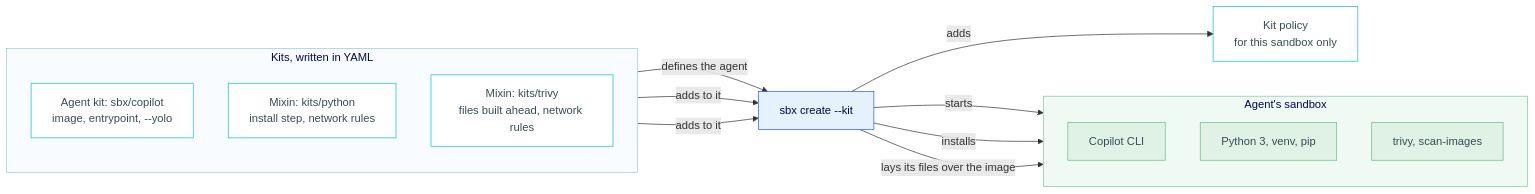
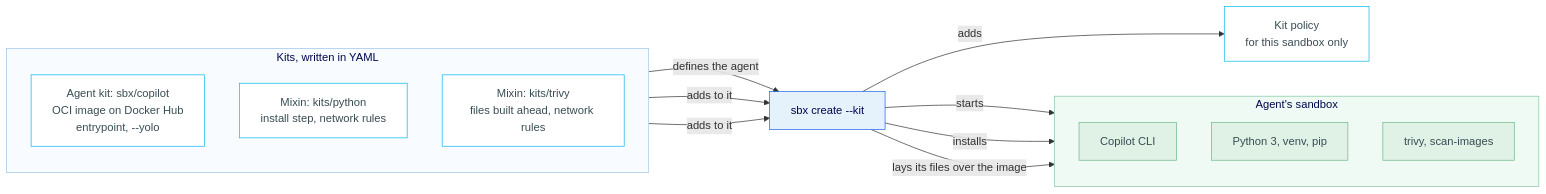
One commit to mathieu-benoit/sbx-lab changed the diagram in instructions/02-kits.md. Above: the diagram before and after it, drawn with Mermaid. The commit also changed other lines of this file and 2 other files, not shown here.

First line of the commit message:
Show that the built-in agent kits are OCI images on Docker Hub

````diff
--- a/instructions/02-kits.md
+++ b/instructions/02-kits.md
@@ -14,46 +14,46 @@
 ```mermaid
 graph LR
     subgraph Kits["Kits, written in YAML"]
         direction TB
-        AgentKit["Agent kit: sbx/copilot<br/>image, entrypoint, --yolo"]
+        AgentKit["Agent kit: sbx/copilot<br/>OCI image on Docker Hub<br/>entrypoint, --yolo"]
         PythonMixin["Mixin: kits/python<br/>install step, network rules"]
         TrivyMixin["Mixin: kits/trivy<br/>files built ahead, network rules"]
     end
 
     Create["sbx create --kit"]
 
     subgraph Sandbox["Agent's sandbox"]
         direction TB
         Copilot["Copilot CLI"]
         Python["Python 3, venv, pip"]
         Trivy["trivy, scan-images"]
     end
 
     KitPolicy["Kit policy<br/>for this sandbox only"]
 
     AgentKit -->|defines the agent| Create
     PythonMixin -->|adds to it| Create
     TrivyMixin -->|adds to it| Create
     Create -->|starts| Copilot
     Create -->|installs| Python
     Create -->|lays its files over the image| Trivy
     Create -->|adds| KitPolicy
 
     %% Styles — containers
     style Kits fill:#f8fbff,stroke:#9fc5e8,color:#00084D
     style Sandbox fill:#f0faf4,stroke:#86c5a0,color:#00084D
 
     %% Styles — kit nodes
     style AgentKit fill:#fff,stroke:#0DB7ED,color:#384D54
     style PythonMixin fill:#fff,stroke:#0DB7ED,color:#384D54
     style TrivyMixin fill:#fff,stroke:#0DB7ED,color:#384D54
     style KitPolicy fill:#fff,stroke:#0DB7ED,color:#384D54
 
     %% Styles — infrastructure
     style Create fill:#E5F2FC,stroke:#1D63ED,color:#00084D
 
     %% Styles — sandbox nodes
     style Copilot fill:#e0f2e6,stroke:#6db88a,color:#384D54
     style Python fill:#e0f2e6,stroke:#6db88a,color:#384D54
     style Trivy fill:#e0f2e6,stroke:#6db88a,color:#384D54
 ```
````
